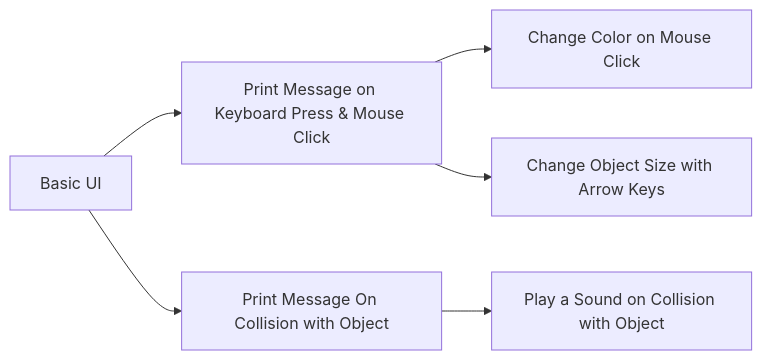
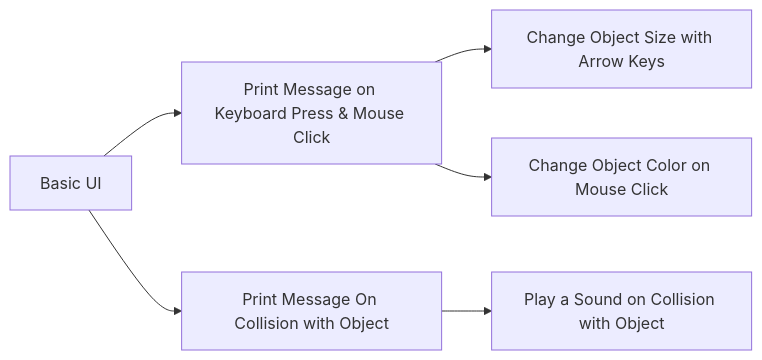
Before and after one commit to learninglab-dev/the-resources: the diagram in data/work/realityLab-unity-scripting-tutorials.md, drawn with Mermaid. The commit also changed other lines of this file, not shown here.

````diff
--- a/data/work/realityLab-unity-scripting-tutorials.md
+++ b/data/work/realityLab-unity-scripting-tutorials.md
@@ -10,10 +10,10 @@
 ```mermaid
 graph LR
 A[Basic UI] --> B[Print Message on Keyboard Press & Mouse Click]
 A --> C[Print Message On Collision with Object]
-B --> D[Change Color on Mouse Click]
-B --> E[Change Object Size with Arrow Keys]
+B --> D[Change Object Size with Arrow Keys]
+B --> E[Change Object Color on Mouse Click]
 C --> F[Play a Sound on Collision with Object]
 
 
 ```
````
